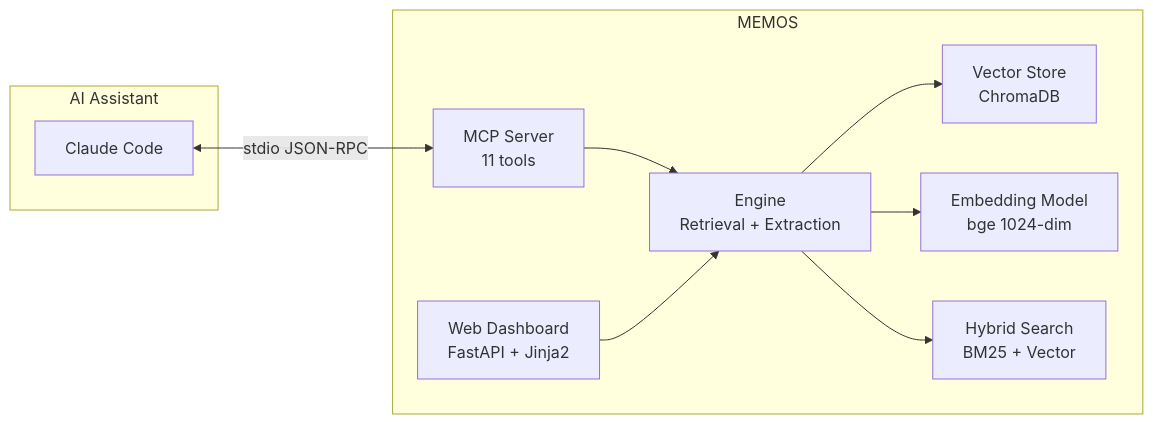
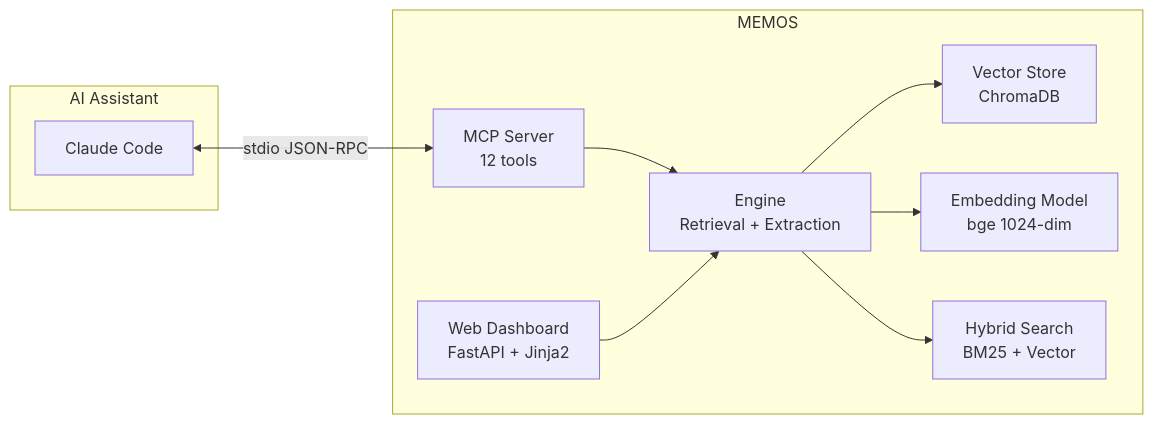
One commit to ConnexOS/memos changed the diagram in README.md. Above: the diagram before and after it, drawn with Mermaid. The commit also changed other lines of this file and 2 other files, not shown here.

Commit message:
docs: 同步 CLAUDE.md/README.md（v0.4.8，12 MCP 工具，7 种知识类型）

````diff
--- a/README.md
+++ b/README.md
@@ -54,18 +54,18 @@
 ```mermaid
 graph LR
     subgraph AI Assistant
         A[Claude Code]
     end
     subgraph MEMOS
-        B[MCP Server<br/>11 tools]
+        B[MCP Server<br/>12 tools]
         C[Engine<br/>Retrieval + Extraction]
         D[Vector Store<br/>ChromaDB]
         E[Embedding Model<br/>bge 1024-dim]
         F[Web Dashboard<br/>FastAPI + Jinja2]
         G[Hybrid Search<br/>BM25 + Vector]
     end
     A <-->|stdio JSON-RPC| B
     B --> C
     C --> D & E & G
     F --> C
 ```
````
